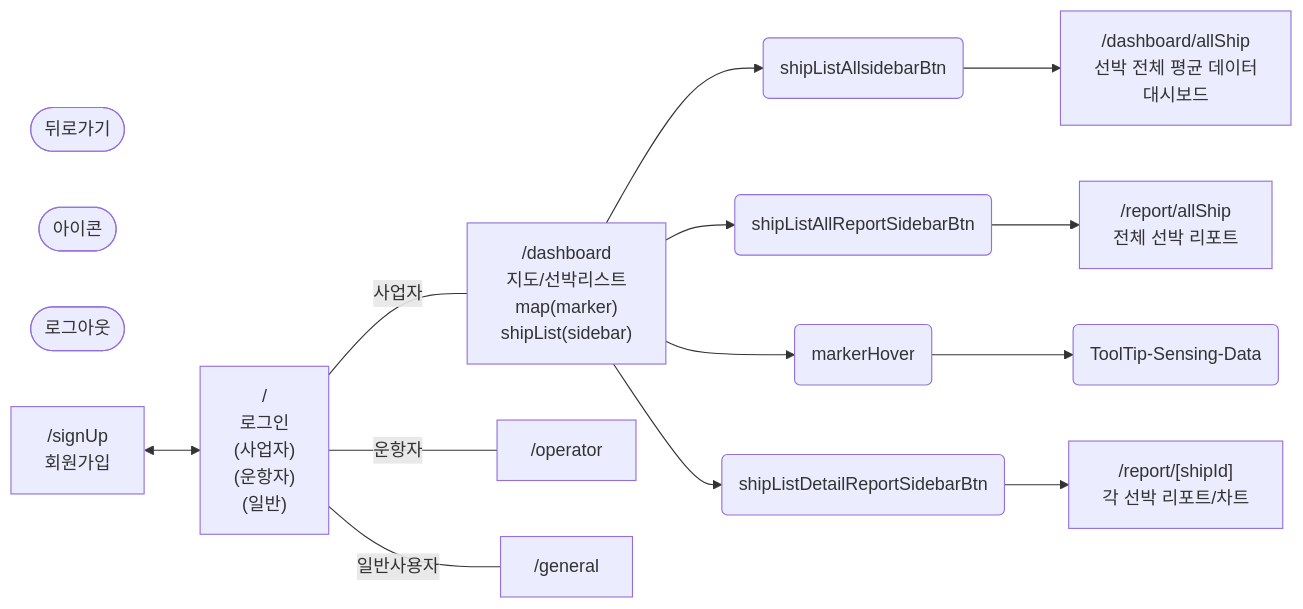
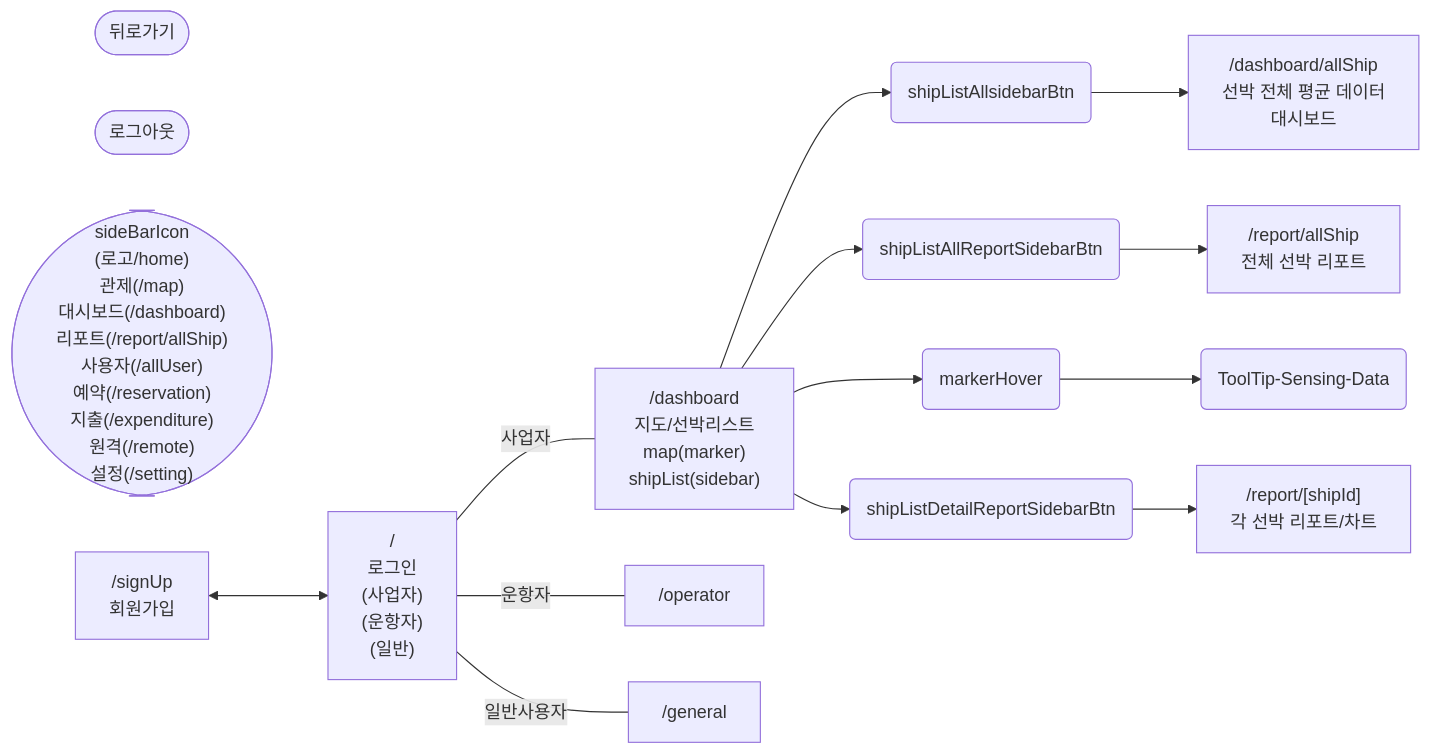
Before and after one commit to SAHA-YJB/IoT-page-flow: the diagram in ioTUserFlow.md, drawn with Mermaid.

Commit message:
아이콘 메뉴 정리

````diff
--- a/ioTUserFlow.md
+++ b/ioTUserFlow.md
@@ -3,51 +3,63 @@
 ```mermaid
 flowchart LR
    뒤로가기([뒤로가기])
-   아이콘([아이콘])
    로그아웃([로그아웃])
+
+   아이콘(["sideBarIcon
+   (로고/home)
+   관제(/map)
+   대시보드(/dashboard)
+   리포트(/report/allShip)
+   사용자(/allUser)
+   예약(/reservation)
+   지출(/expenditure)
+   원격(/remote)
+   설정(/setting)"])
+
+
 
    shipListAllBtn(shipListAllsidebarBtn)
    shipListAllReportBtn(shipListAllReportSidebarBtn)
    shipListDetailReportBtn(shipListDetailReportSidebarBtn)
    markerHover(markerHover)
 
    회원가입["`/signUp
    회원가입`"]
 
    통합로그인["`/
    로그인
    (사업자)
    (운항자)
    (일반)`"]
 
    사업자["`/dashboard
    지도/선박리스트
    map(marker)
    shipList(sidebar)
    `"]
 
    운항자["`/operator
    `"]
 
    일반사용자["`/general
    `"]
 
    대시보드["`/dashboard/allShip
    선박 전체 평균 데이터
    대시보드`"]
 
    전체리포트["`/report/allShip
    전체 선박 리포트`"]
 
    각선박리포트차트["`/report/[shipId]
    각 선박 리포트/차트`"]
 
    회원가입 <--> 통합로그인
    통합로그인-- 사업자 --- 사업자
    통합로그인-- 운항자 --- 운항자
    통합로그인-- 일반사용자 --- 일반사용자
    사업자 --> shipListAllBtn --> 대시보드
    사업자 --> shipListAllReportBtn --> 전체리포트
    사업자--> markerHover --> 툴팁(ToolTip-Sensing-Data)
    사업자--> shipListDetailReportBtn --> 각선박리포트차트
 ```
````
